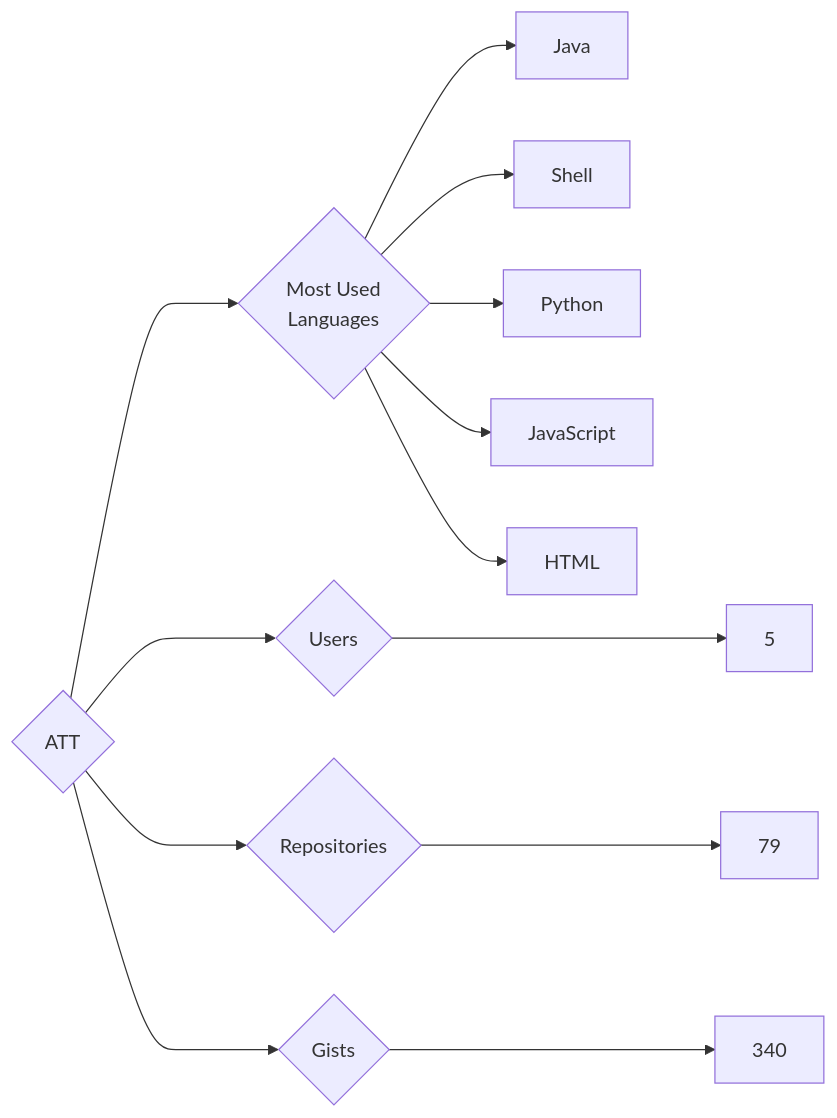
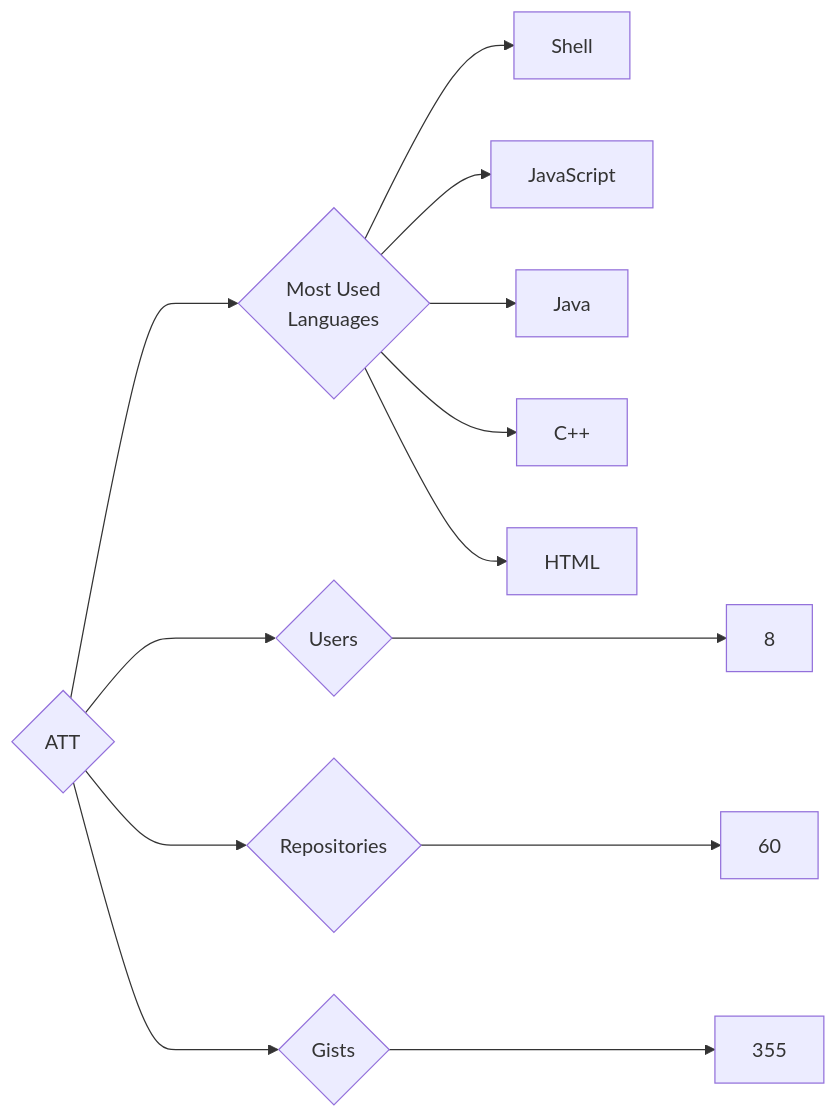
Before and after one commit to trickest/insiders: the diagram in targets/ATT/README.md, drawn with Mermaid. The commit also changed 1314 other files, not shown here.

````diff
--- a/targets/ATT/README.md
+++ b/targets/ATT/README.md
@@ -3,13 +3,13 @@
 ```mermaid
 graph LR
 COMPANY_NAME{ATT}
-COMPANY_NAME ---> U{Users} ---> UN[5]
-COMPANY_NAME ---> R{Repositories} ---> RN[79]
-COMPANY_NAME ---> G{Gists} ---> GN[340]
+COMPANY_NAME ---> U{Users} ---> UN[8]
+COMPANY_NAME ---> R{Repositories} ---> RN[60]
+COMPANY_NAME ---> G{Gists} ---> GN[355]
 COMPANY_NAME ---> ML{Most Used<br>Languages}
+ML --> Shell[Shell]
+ML --> JavaScript[JavaScript]
 ML --> Java[Java]
-ML --> Shell[Shell]
-ML --> Python[Python]
-ML --> JavaScript[JavaScript]
+ML --> C++[C++]
 ML --> HTML[HTML]
 ```
````
